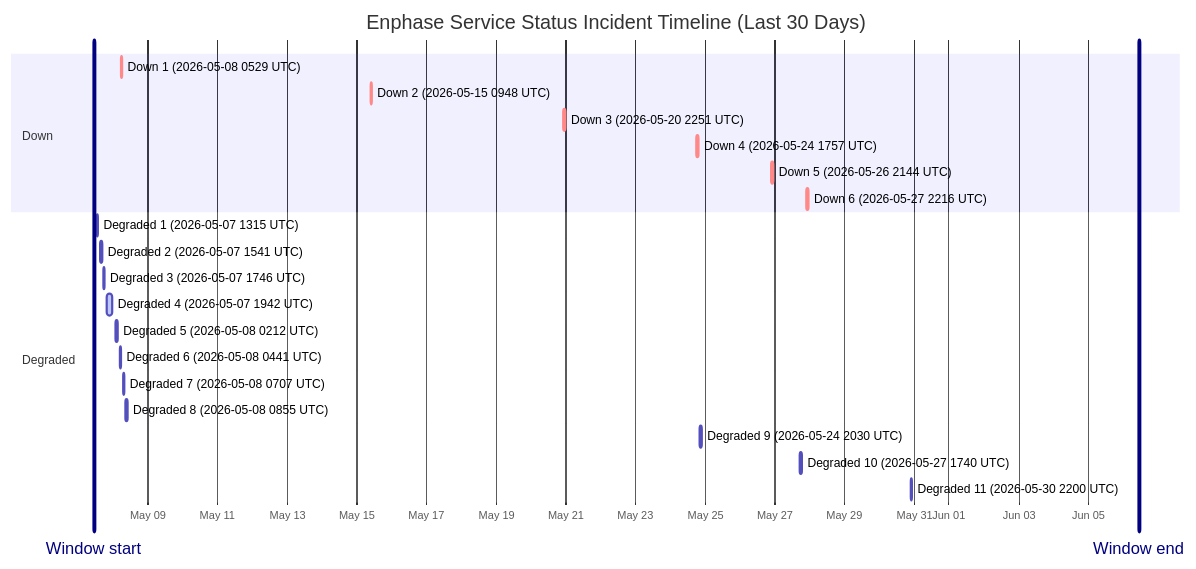
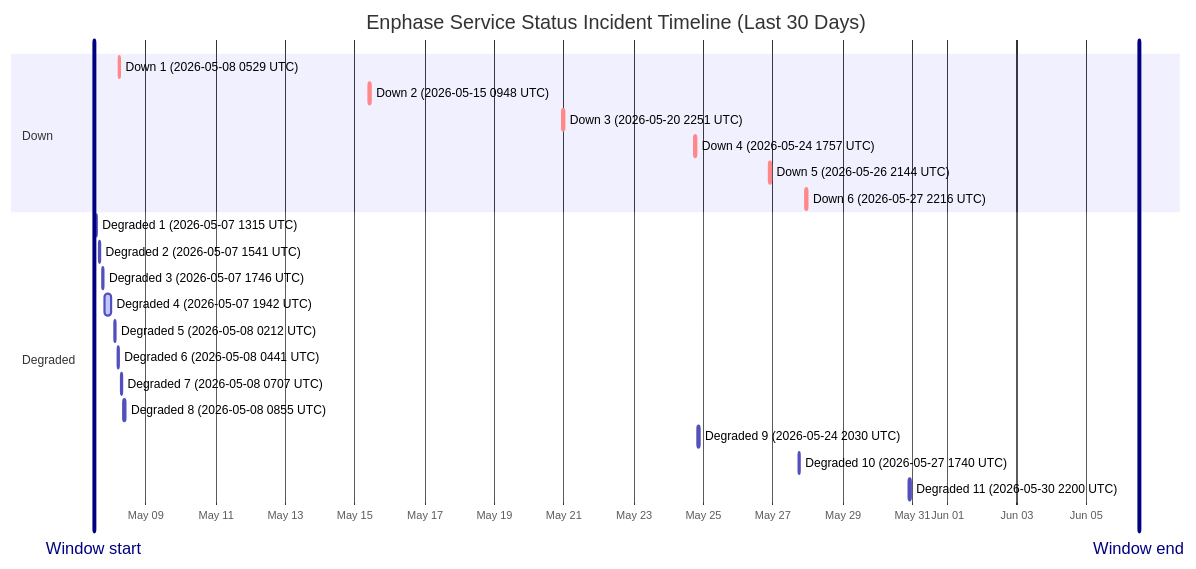
The diagram in wiki/Service-Status-History.md (barneyonline/ha-enphase-energy), drawn with Mermaid before and after one commit. The commit also changed other lines of this file and 3 other files, not shown here.

````diff
--- a/wiki/Service-Status-History.md
+++ b/wiki/Service-Status-History.md
@@ -14,27 +14,27 @@
 ```mermaid
 gantt
     title Enphase Service Status Incident Timeline (Last 30 Days)
     dateFormat  YYYY-MM-DDTHH:mm:ss
     axisFormat  %b %d
-    Window start :vert, window-start, 2026-05-07T10:52:43, 0ms
-    Window end :vert, window-end, 2026-06-06T10:52:43, 0ms
+    Window start :vert, window-start, 2026-05-07T12:05:01, 0ms
+    Window end :vert, window-end, 2026-06-06T12:05:01, 0ms
     section Down
     Down 1 (2026-05-08 0529 UTC) :crit, down-1, 2026-05-08T05:29:47, 60m
     Down 2 (2026-05-15 0948 UTC) :crit, down-2, 2026-05-15T09:48:18, 60m
     Down 3 (2026-05-20 2251 UTC) :crit, down-3, 2026-05-20T22:51:14, 75m
     Down 4 (2026-05-24 1757 UTC) :crit, down-4, 2026-05-24T17:57:41, 86m
     Down 5 (2026-05-26 2144 UTC) :crit, down-5, 2026-05-26T21:44:11, 85m
     Down 6 (2026-05-27 2216 UTC) :crit, down-6, 2026-05-27T22:16:53, 87m
     section Degraded
     Degraded 1 (2026-05-07 1315 UTC) :active, degraded-1, 2026-05-07T13:15:25, 60m
     Degraded 2 (2026-05-07 1541 UTC) :active, degraded-2, 2026-05-07T15:41:58, 60m
     Degraded 3 (2026-05-07 1746 UTC) :active, degraded-3, 2026-05-07T17:46:51, 60m
     Degraded 4 (2026-05-07 1942 UTC) :active, degraded-4, 2026-05-07T19:42:10, 249m
     Degraded 5 (2026-05-08 0212 UTC) :active, degraded-5, 2026-05-08T02:12:39, 60m
     Degraded 6 (2026-05-08 0441 UTC) :active, degraded-6, 2026-05-08T04:41:46, 60m
     Degraded 7 (2026-05-08 0707 UTC) :active, degraded-7, 2026-05-08T07:07:30, 60m
     Degraded 8 (2026-05-08 0855 UTC) :active, degraded-8, 2026-05-08T08:55:20, 88m
     Degraded 9 (2026-05-24 2030 UTC) :active, degraded-9, 2026-05-24T20:30:57, 84m
     Degraded 10 (2026-05-27 1740 UTC) :active, degraded-10, 2026-05-27T17:40:52, 60m
     Degraded 11 (2026-05-30 2200 UTC) :active, degraded-11, 2026-05-30T22:00:37, 60m
 ```
````
